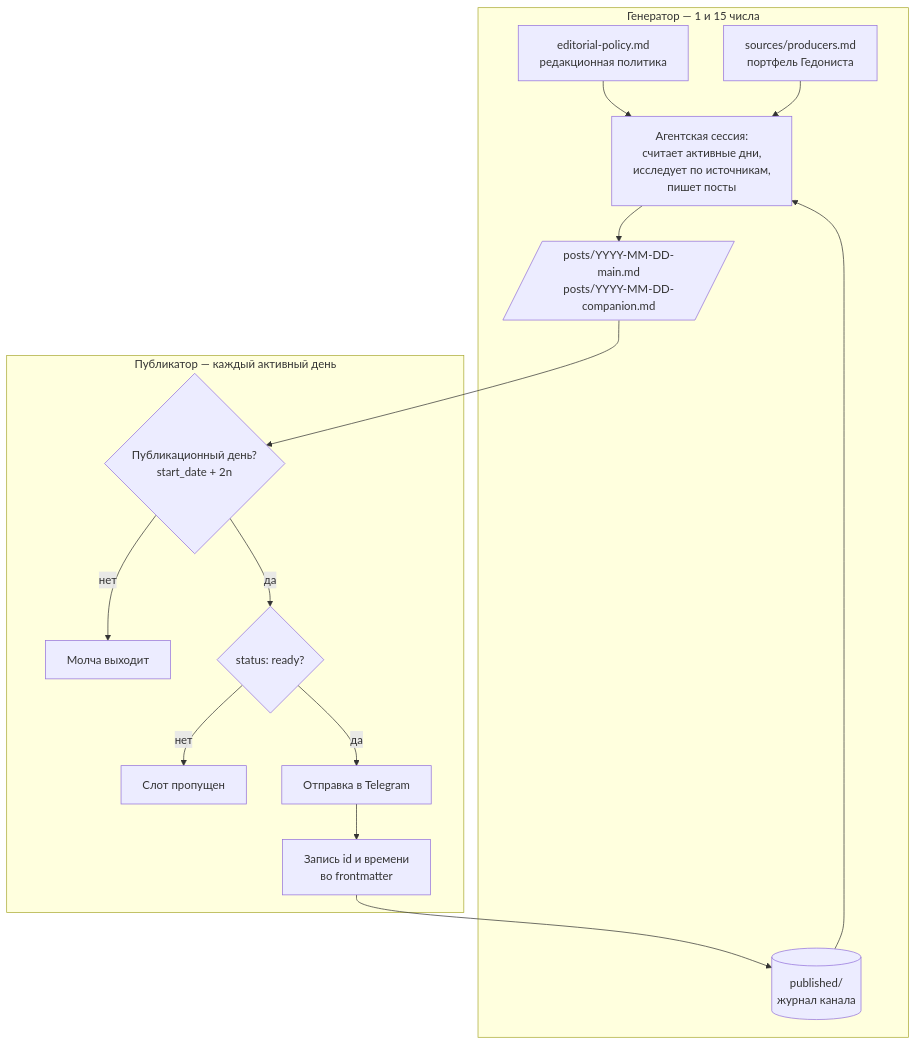
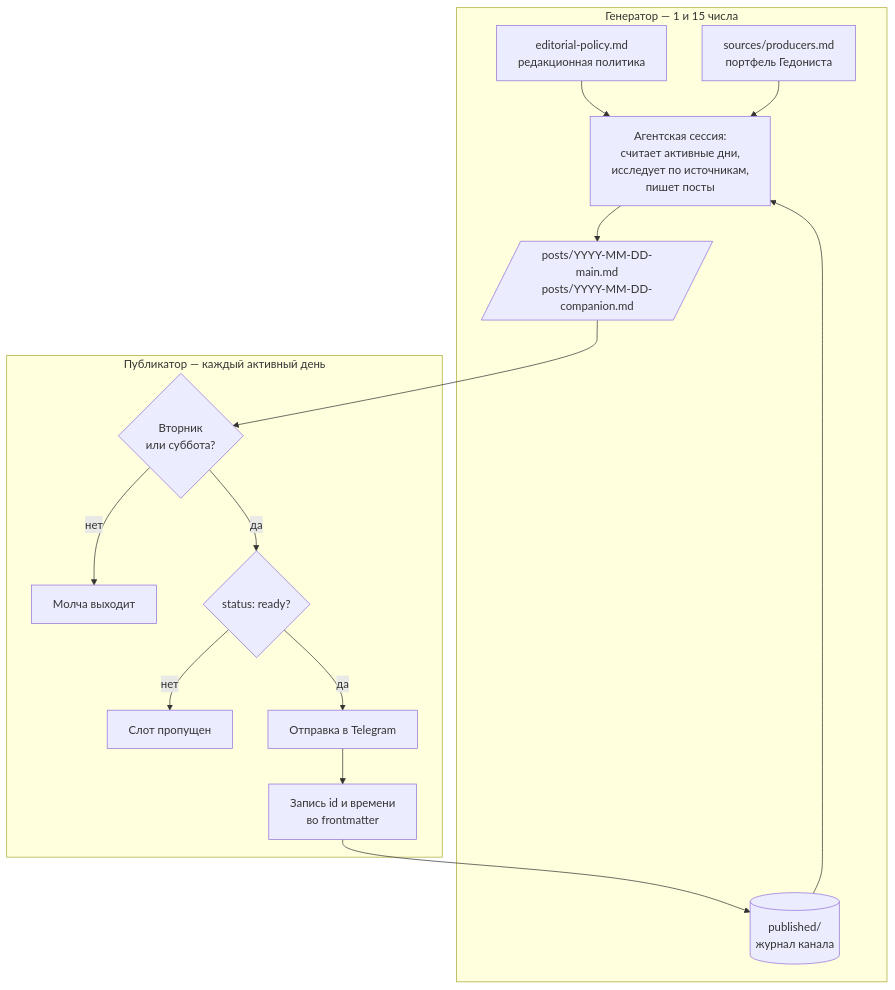
The diagram in README.md (shoretsigor/content-factory), drawn with Mermaid before and after one commit. The commit also changed other lines of this file and 31 other files, not shown here.

````diff
--- a/README.md
+++ b/README.md
@@ -10,21 +10,21 @@
 ```mermaid
 flowchart TD
     subgraph GEN["Генератор — 1 и 15 числа"]
         P[editorial-policy.md<br/>редакционная политика] --> R
         PR[sources/producers.md<br/>портфель Гедониста] --> R
         J[(published/<br/>журнал канала)] --> R
         R[Агентская сессия:<br/>считает активные дни,<br/>исследует по источникам,<br/>пишет посты] --> Q
     end
 
     Q[/posts/YYYY-MM-DD-main.md<br/>posts/YYYY-MM-DD-companion.md/]
 
     subgraph PUB["Публикатор — каждый активный день"]
-        Q --> C{Публикационный день?<br/>start_date + 2n}
+        Q --> C{Вторник<br/>или суббота?}
         C -- нет --> SKIP1[Молча выходит]
         C -- да --> S{status: ready?}
         S -- нет --> SKIP2[Слот пропущен]
         S -- да --> T[Отправка в Telegram]
         T --> M[Запись id и времени<br/>во frontmatter]
         M --> J
     end
 ```
````
